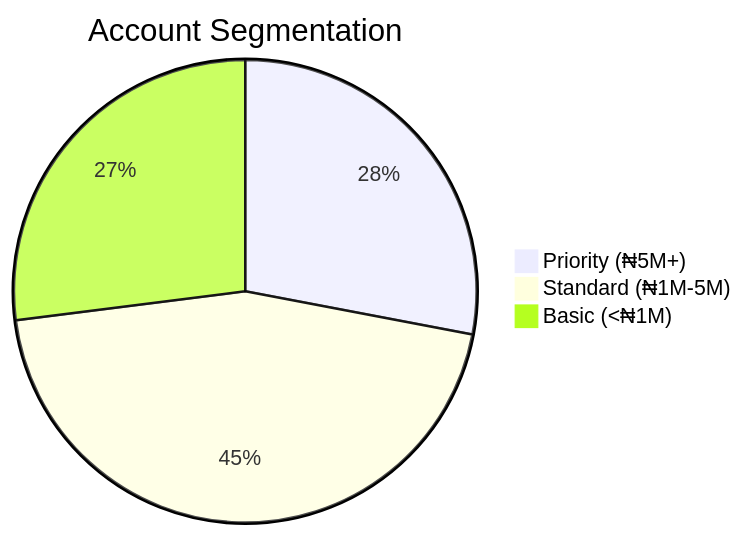
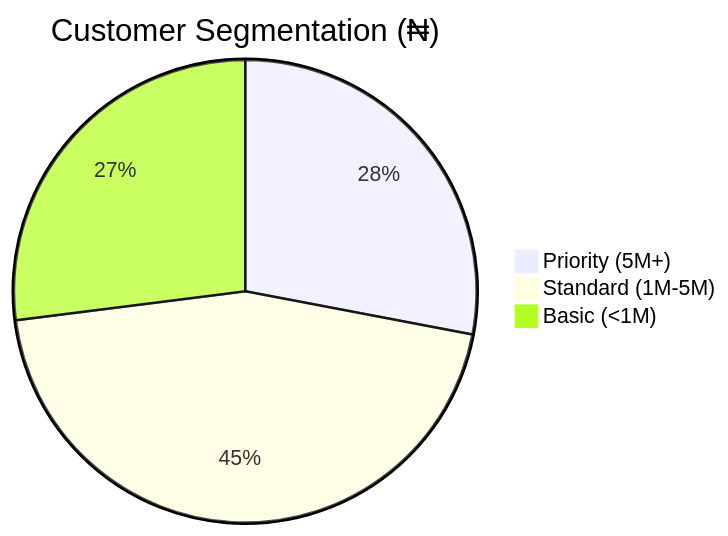
Before and after one commit to relianceinfo-de/fcmb-oracle-sql-training: the diagram in Labs/Oracle-SQL-Basics-Training/Module 2.md, drawn with Mermaid. The commit also changed other lines of this file, not shown here.

````diff
--- a/Labs/Oracle-SQL-Basics-Training/Module 2.md
+++ b/Labs/Oracle-SQL-Basics-Training/Module 2.md
@@ -99,7 +101,7 @@
 ```mermaid
 pie
-    title Account Segmentation
-    "Priority (₦5M+)" : 28
-    "Standard (₦1M-5M)" : 45
-    "Basic (<₦1M)" : 27
+    title Customer Segmentation (₦)
+    "Priority (5M+)" : 28
+    "Standard (1M-5M)" : 45
+    "Basic (<1M)" : 27
 ```
````
